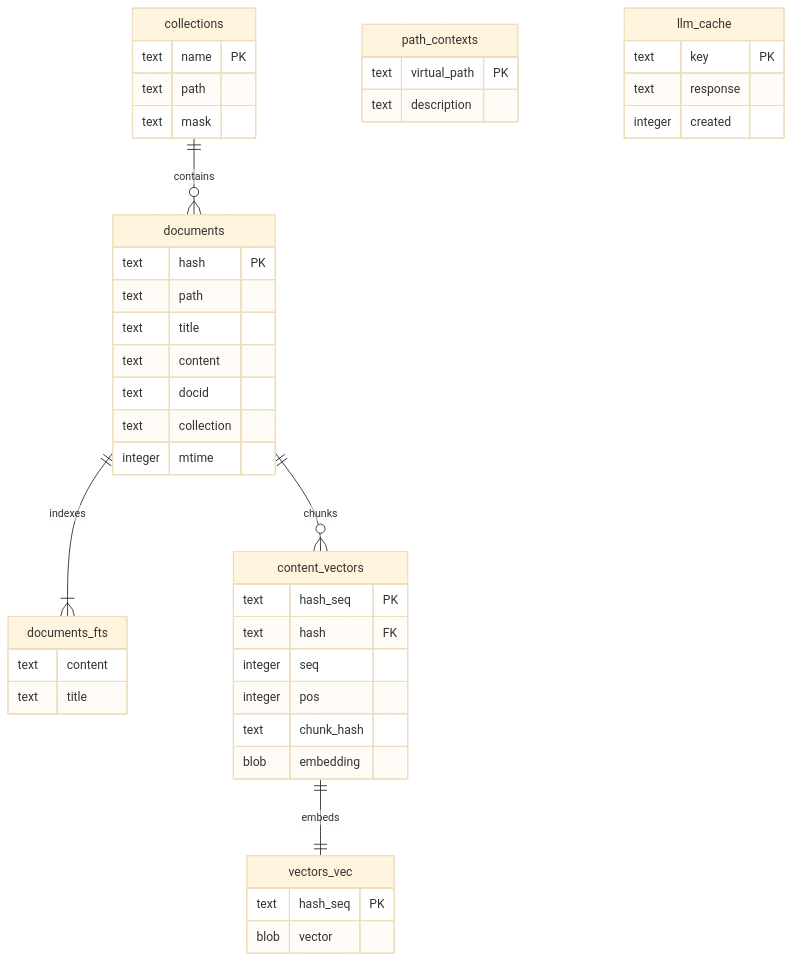
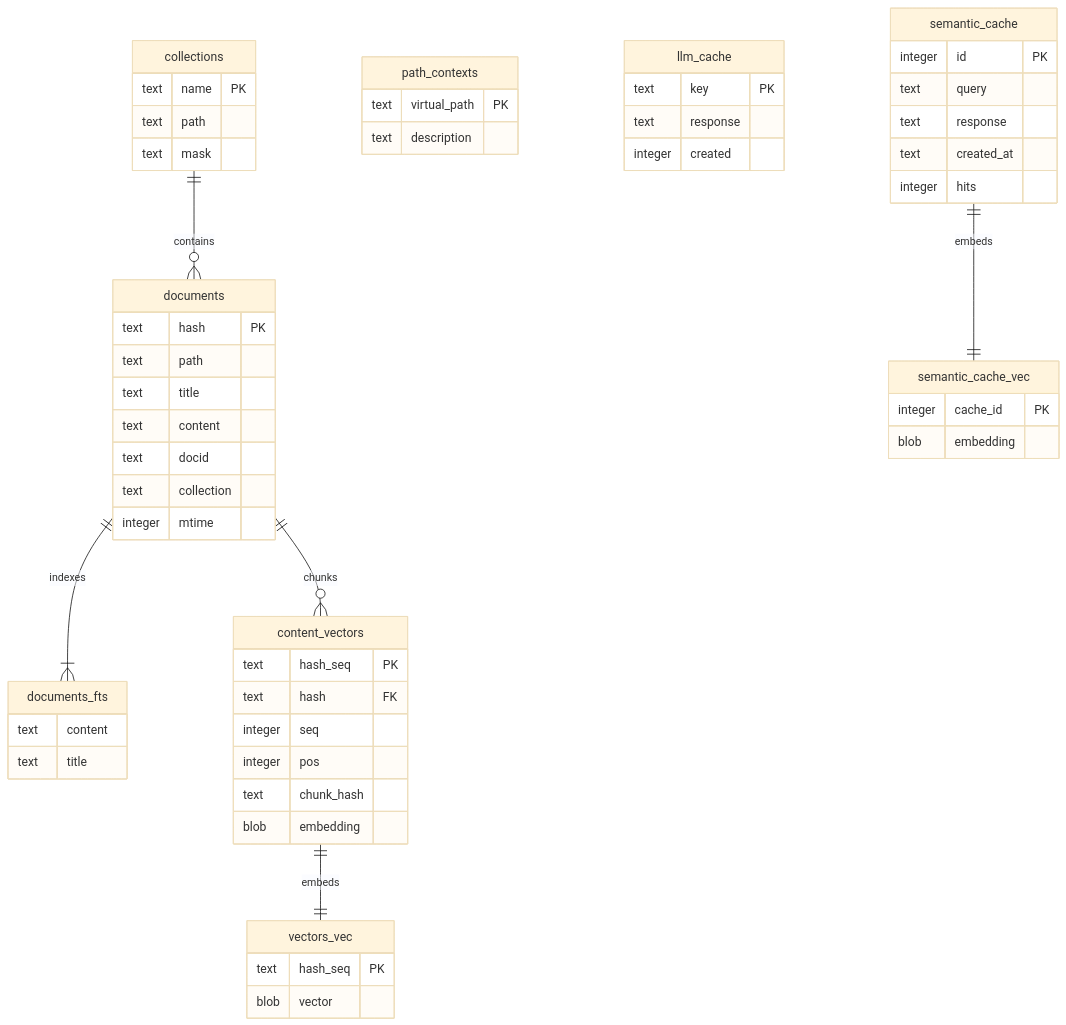
The third of 5 diagrams in README.md (ambicuity/KINDX), drawn with Mermaid (base theme) before and after one commit. The commit also changed other lines of this file and 4 other files, not shown here.

Commit message:
feat(engine): implement semantic query cache for expansion

````diff
--- a/README.md
+++ b/README.md
@@ -721,47 +725,59 @@
 ```mermaid
 erDiagram
     collections {
         text name PK
         text path
         text mask
     }
     path_contexts {
         text virtual_path PK
         text description
     }
     documents {
         text hash PK
         text path
         text title
         text content
         text docid
         text collection
         integer mtime
     }
     documents_fts {
         text content
         text title
     }
     content_vectors {
         text hash_seq PK
         text hash FK
         integer seq
         integer pos
         text chunk_hash
         blob embedding
     }
     vectors_vec {
         text hash_seq PK
         blob vector
     }
     llm_cache {
         text key PK
         text response
         integer created
     }
+    semantic_cache {
+        integer id PK
+        text query
+        text response
+        text created_at
+        integer hits
+    }
+    semantic_cache_vec {
+        integer cache_id PK
+        blob embedding
+    }
 
     collections ||--o{ documents : contains
     documents ||--|{ documents_fts : indexes
     documents ||--o{ content_vectors : chunks
     content_vectors ||--|| vectors_vec : embeds
+    semantic_cache ||--|| semantic_cache_vec : embeds
 ```
````
